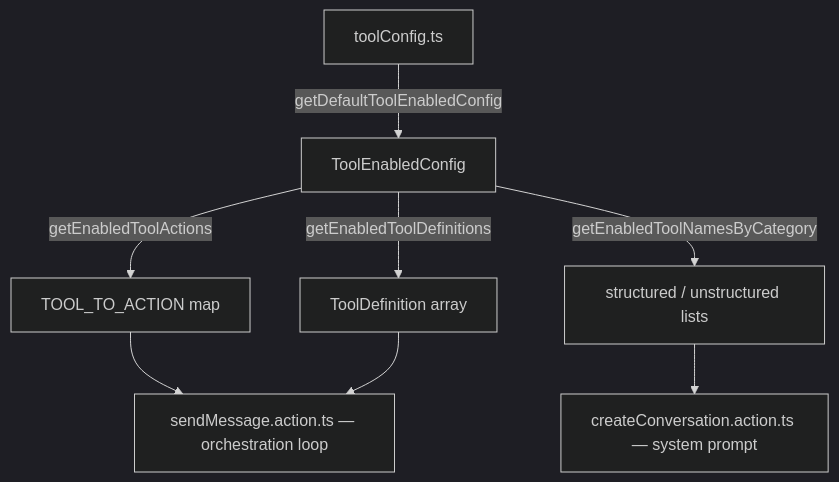
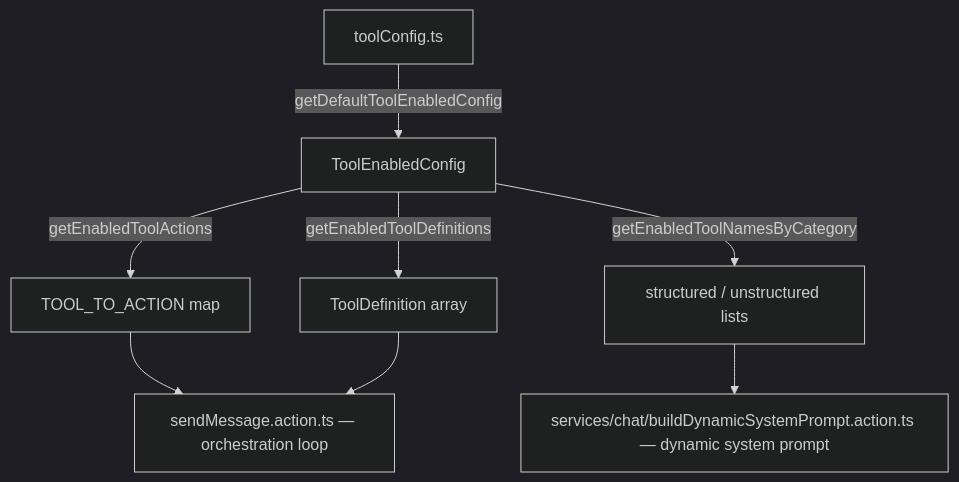
The first of 3 diagrams in docs/domain-knowledge/tool-configuration.md (hinora/data-analysis), drawn with Mermaid (dark theme) before and after one commit. The commit also changed other lines of this file and 14 other files, not shown here.

````diff
--- a/docs/domain-knowledge/tool-configuration.md
+++ b/docs/domain-knowledge/tool-configuration.md
@@ -11,10 +11,10 @@
 ```mermaid
 graph TD
     A[toolConfig.ts] -->|getDefaultToolEnabledConfig| B[ToolEnabledConfig]
     B -->|getEnabledToolActions| C[TOOL_TO_ACTION map]
     B -->|getEnabledToolDefinitions| D[ToolDefinition array]
     B -->|getEnabledToolNamesByCategory| E[structured / unstructured lists]
     C --> F[sendMessage.action.ts — orchestration loop]
     D --> F
-    E --> G[createConversation.action.ts — system prompt]
+    E --> G[services/chat/buildDynamicSystemPrompt.action.ts — dynamic system prompt]
 ```
````
